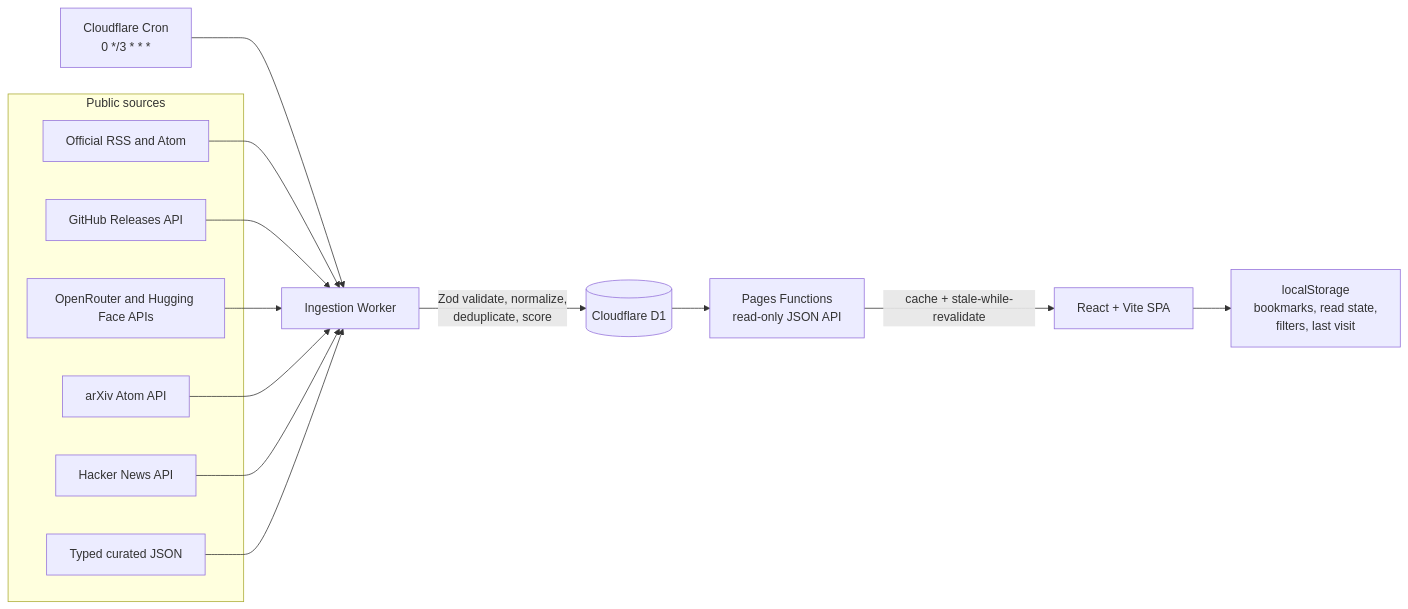
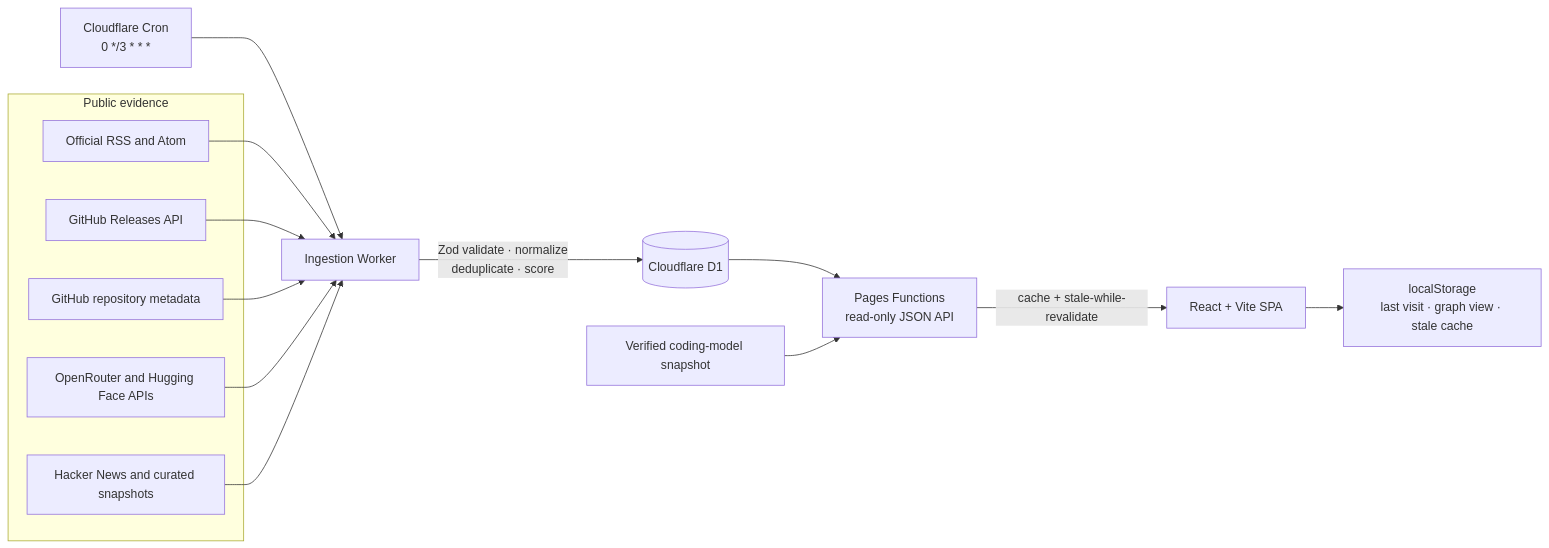
The diagram in README.md (Zee-SS/ai-signal), drawn with Mermaid before and after one commit. The commit also changed other lines of this file and 36 other files, not shown here.

````diff
--- a/README.md
+++ b/README.md
@@ -15,23 +26,22 @@
 ```mermaid
 flowchart LR
-  subgraph Sources[Public sources]
-    RSS[Official RSS and Atom]
-    GH[GitHub Releases API]
-    JSON[OpenRouter and Hugging Face APIs]
-    ARXIV[arXiv Atom API]
-    HN[Hacker News API]
-    CURATED[Typed curated JSON]
+  subgraph Sources[Public evidence]
+    NEWS[Official RSS and Atom]
+    RELEASES[GitHub Releases API]
+    REPOS[GitHub repository metadata]
+    MODELS[OpenRouter and Hugging Face APIs]
+    SIGNALS[Hacker News and curated snapshots]
   end
 
   CRON[Cloudflare Cron<br/>0 */3 * * *] --> WORKER[Ingestion Worker]
-  RSS --> WORKER
-  GH --> WORKER
-  JSON --> WORKER
-  ARXIV --> WORKER
-  HN --> WORKER
-  CURATED --> WORKER
-  WORKER -->|Zod validate, normalize,<br/>deduplicate, score| D1[(Cloudflare D1)]
+  NEWS --> WORKER
+  RELEASES --> WORKER
+  REPOS --> WORKER
+  MODELS --> WORKER
+  SIGNALS --> WORKER
+  WORKER -->|Zod validate · normalize<br/>deduplicate · score| D1[(Cloudflare D1)]
   D1 --> FUNCTIONS[Pages Functions<br/>read-only JSON API]
+  SNAPSHOT[Verified coding-model snapshot] --> FUNCTIONS
   FUNCTIONS -->|cache + stale-while-revalidate| SPA[React + Vite SPA]
-  SPA --> LOCAL[localStorage<br/>bookmarks, read state,<br/>filters, last visit]
+  SPA --> LOCAL[localStorage<br/>last visit · graph view · stale cache]
 ```
````
